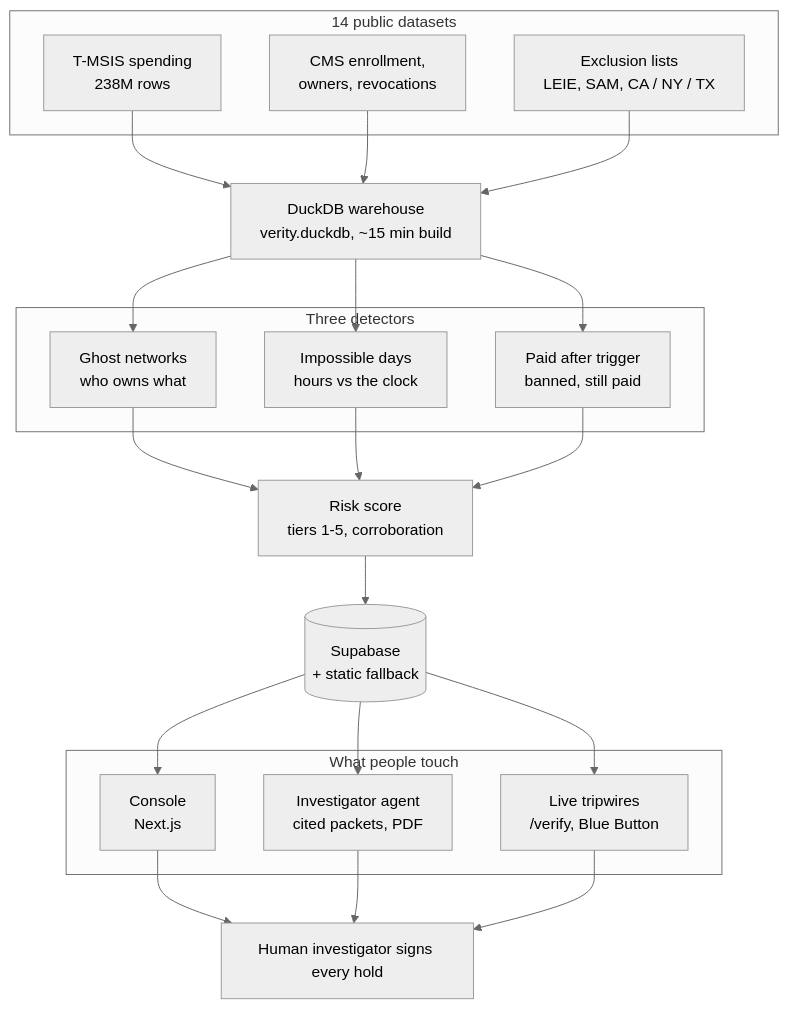
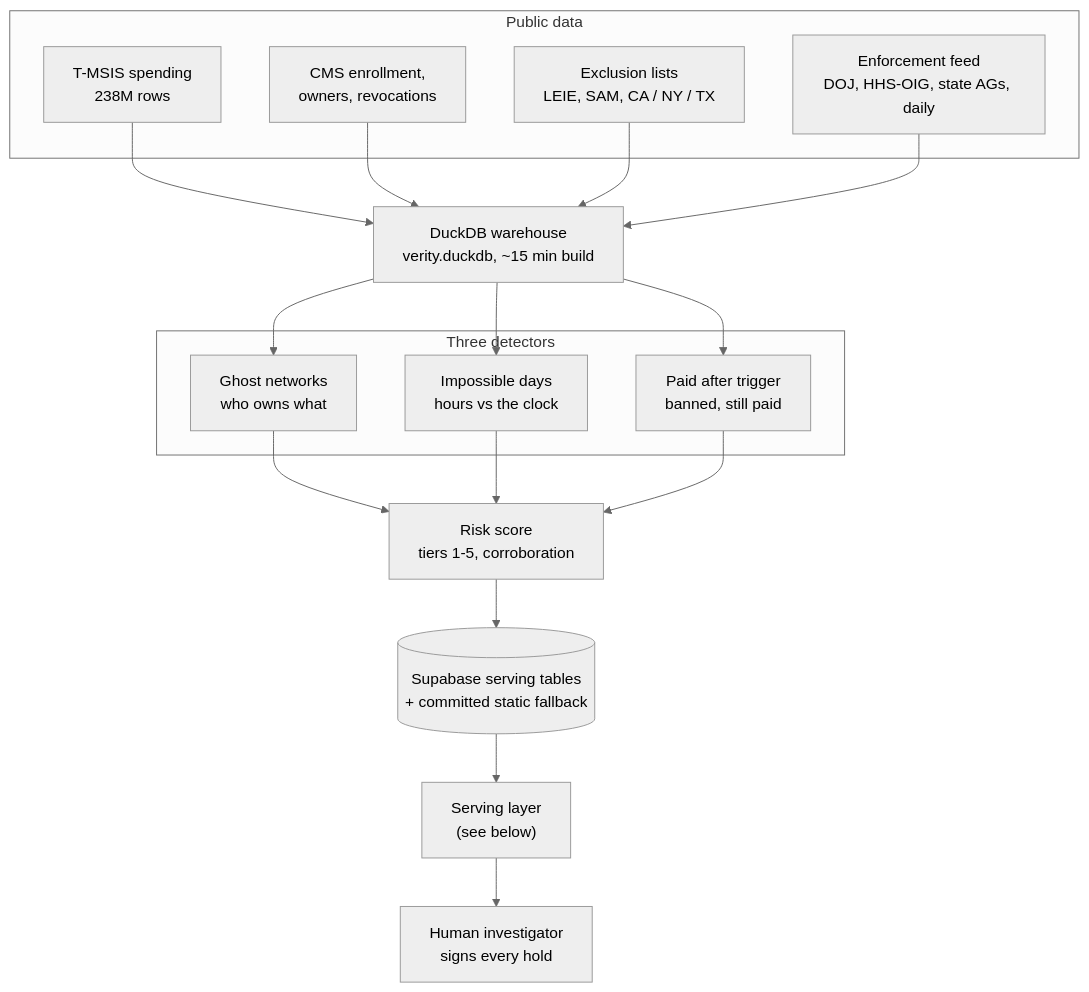
One commit to ssatanis/verity changed the first of 2 diagrams in README.md. Above: the diagram before and after it, drawn with Mermaid (neutral theme). The commit also changed other lines of this file and 15 other files, not shown here.

Commit message:
README: serving-layer + Ask-this-case architecture, enforcement feed in main diagram, 9-slide deck, numbers synced to current warehouse (391 / $55.9M / 2,576)

````diff
--- a/README.md
+++ b/README.md
@@ -46,38 +47,30 @@
 ```mermaid
 flowchart TB
-    subgraph sources["14 public datasets"]
+    subgraph sources["Public data"]
         A["T-MSIS spending<br/>238M rows"]
         B["CMS enrollment,<br/>owners, revocations"]
         C["Exclusion lists<br/>LEIE, SAM, CA / NY / TX"]
+        E["Enforcement feed<br/>DOJ, HHS-OIG, state AGs, daily"]
     end
     W["DuckDB warehouse<br/>verity.duckdb, ~15 min build"]
     A --> W
     B --> W
     C --> W
+    E --> W
     subgraph detectors["Three detectors"]
         D1["Ghost networks<br/>who owns what"]
         D2["Impossible days<br/>hours vs the clock"]
         D3["Paid after trigger<br/>banned, still paid"]
     end
     W --> D1
     W --> D2
     W --> D3
     R["Risk score<br/>tiers 1-5, corroboration"]
     D1 --> R
     D2 --> R
     D3 --> R
-    S[("Supabase<br/>+ static fallback")]
+    S[("Supabase serving tables<br/>+ committed static fallback")]
     R --> S
-    subgraph surfaces["What people touch"]
-        UI["Console<br/>Next.js"]
-        AG["Investigator agent<br/>cited packets, PDF"]
-        TW["Live tripwires<br/>/verify, Blue Button"]
-    end
-    S --> UI
-    S --> AG
-    S --> TW
-    H["Human investigator signs every hold"]
-    UI --> H
-    AG --> H
-    TW --> H
+    S --> API["Serving layer<br/>(see below)"]
+    API --> H["Human investigator<br/>signs every hold"]
 ```
````
